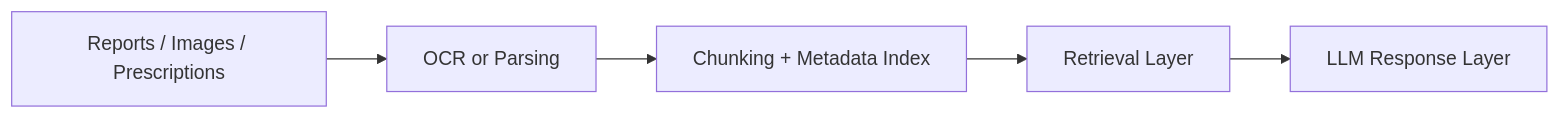
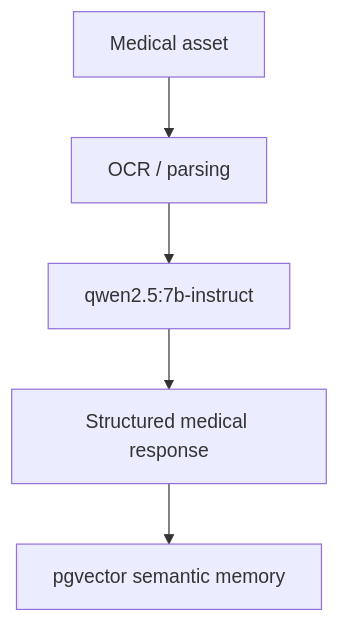
Before and after one commit to Dipurajasaha/DocTalk: diagram 13 of 19 in backend/backend.md, drawn with Mermaid. The commit also changed other lines of this file and 17 other files, not shown here.

Commit message:
refactor(stage-9): migrate AI stack to fully local Ollama-based healthcare RAG architecture

````diff
--- a/backend/backend.md
+++ b/backend/backend.md
@@ -420,7 +476,7 @@
 ```mermaid
-flowchart LR
-    Files[Reports / Images / Prescriptions] --> OCR[OCR or Parsing]
-    OCR --> Index[Chunking + Metadata Index]
-    Index --> Retriever[Retrieval Layer]
-    Retriever --> AI[LLM Response Layer]
+flowchart TD
+    Asset[Medical asset] --> OCR[OCR / parsing]
+    OCR --> Reason[qwen2.5:7b-instruct]
+    Reason --> Output[Structured medical response]
+    Output --> RAG[pgvector semantic memory]
 ```
````
